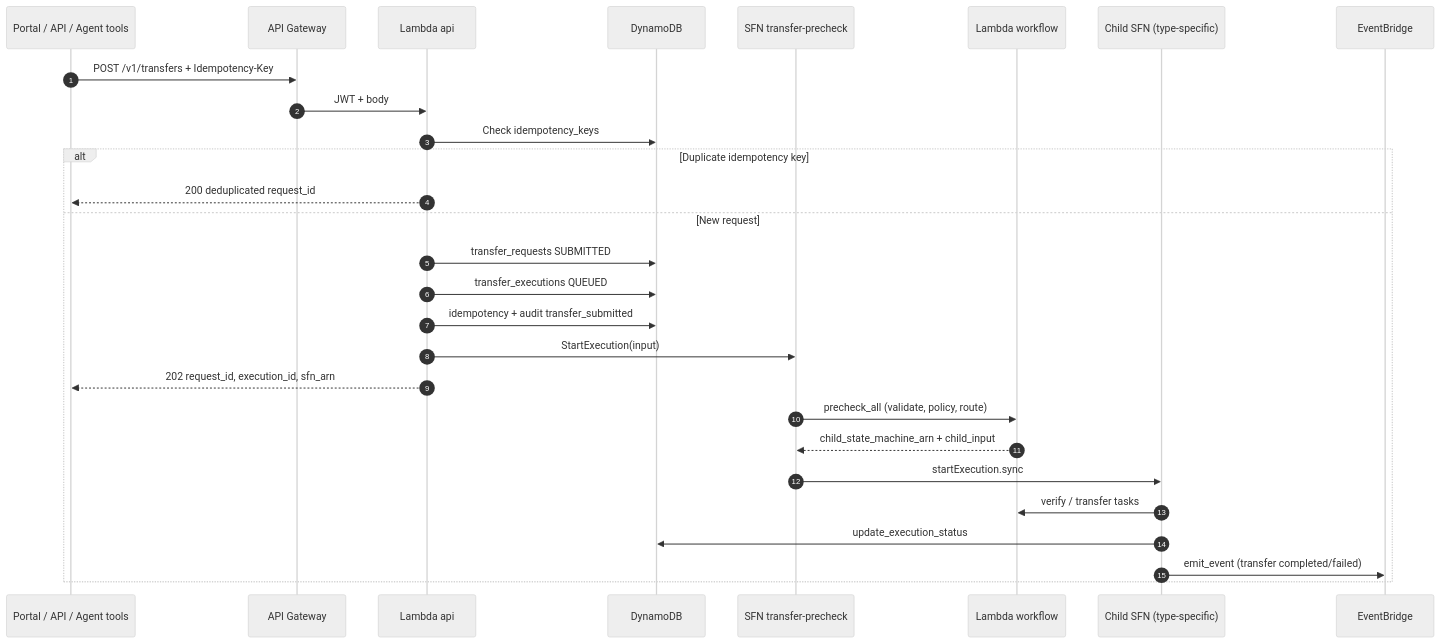
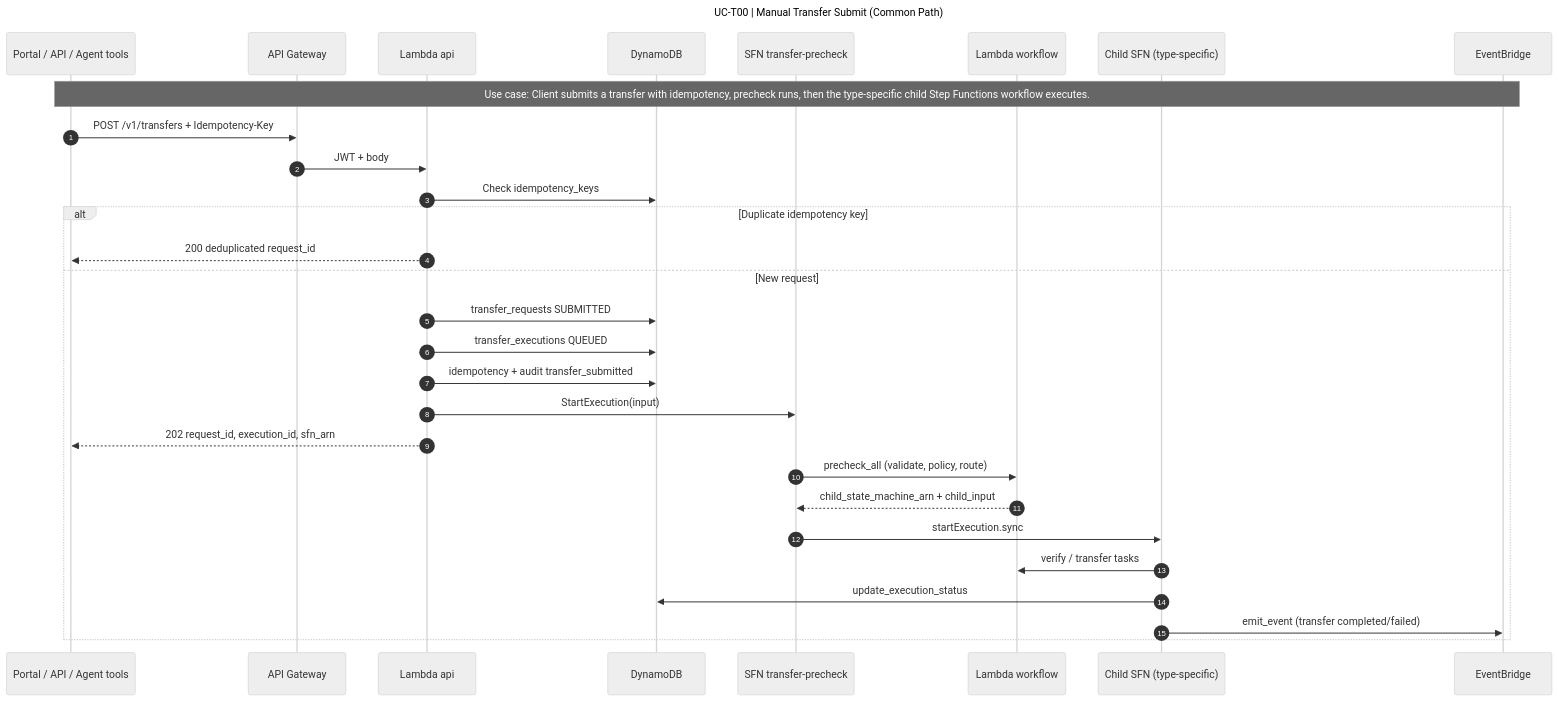
Before and after one commit to bayareala8s/BayRelayAI: the seventh of 31 diagrams in docs/SEQUENCE_DIAGRAMS.md, drawn with Mermaid (neutral theme). The commit also changed other lines of this file and 68 other files, not shown here.

First line of the commit message:
Add title and use-case labels to all sequence diagrams.

````diff
--- a/docs/SEQUENCE_DIAGRAMS.md
+++ b/docs/SEQUENCE_DIAGRAMS.md
@@ -198,31 +233,35 @@
 ```mermaid
+---
+title: UC-T00 | Manual Transfer Submit (Common Path)
+---
 sequenceDiagram
   autonumber
   participant Client as Portal / API / Agent tools
   participant APIGW as API Gateway
   participant API as Lambda api
   participant DDB as DynamoDB
   participant SFN as SFN transfer-precheck
   participant WF as Lambda workflow
   participant Child as Child SFN (type-specific)
   participant EB as EventBridge
+  Note over Client,EB: Use case: Client submits a transfer with idempotency, precheck runs, then the type-specific child Step Functions workflow executes.
 
   Client->>APIGW: POST /v1/transfers + Idempotency-Key
   APIGW->>API: JWT + body
   API->>DDB: Check idempotency_keys
   alt Duplicate idempotency key
     API-->>Client: 200 deduplicated request_id
   else New request
     API->>DDB: transfer_requests SUBMITTED
     API->>DDB: transfer_executions QUEUED
     API->>DDB: idempotency + audit transfer_submitted
     API->>SFN: StartExecution(input)
     API-->>Client: 202 request_id, execution_id, sfn_arn
     SFN->>WF: precheck_all (validate, policy, route)
     WF-->>SFN: child_state_machine_arn + child_input
     SFN->>Child: startExecution.sync
     Child->>WF: verify / transfer tasks
     Child->>DDB: update_execution_status
     Child->>EB: emit_event (transfer completed/failed)
   end
 ```
````
